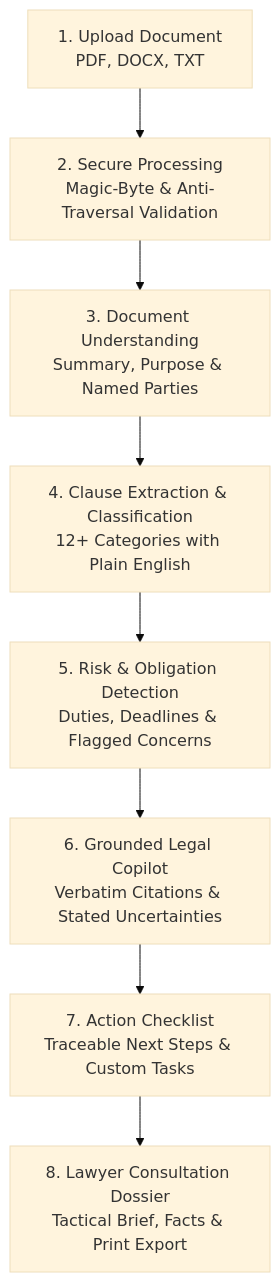
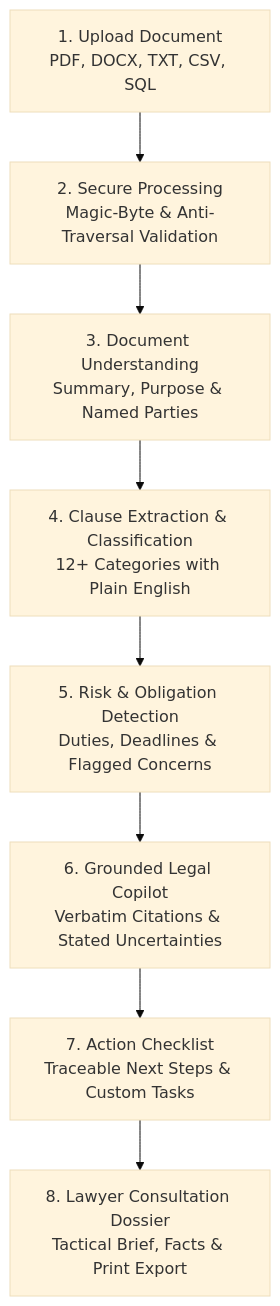
Before and after one commit to riyanshika7/LEXLENS: the first of 2 diagrams in README.md, drawn with Mermaid (base theme). The commit also changed other lines of this file, not shown here.

````diff
--- a/README.md
+++ b/README.md
@@ -56,10 +58,10 @@
 ```mermaid
 flowchart TD
-    A[1. Upload Document<br/>PDF, DOCX, TXT] --> B[2. Secure Processing<br/>Magic-Byte & Anti-Traversal Validation]
+    A[1. Upload Document<br/>PDF, DOCX, TXT, CSV, SQL] --> B[2. Secure Processing<br/>Magic-Byte & Anti-Traversal Validation]
     B --> C[3. Document Understanding<br/>Summary, Purpose & Named Parties]
     C --> D[4. Clause Extraction & Classification<br/>12+ Categories with Plain English]
     D --> E[5. Risk & Obligation Detection<br/>Duties, Deadlines & Flagged Concerns]
     E --> F[6. Grounded Legal Copilot<br/>Verbatim Citations & Stated Uncertainties]
     F --> G[7. Action Checklist<br/>Traceable Next Steps & Custom Tasks]
     G --> H[8. Lawyer Consultation Dossier<br/>Tactical Brief, Facts & Print Export]
 ```
````
